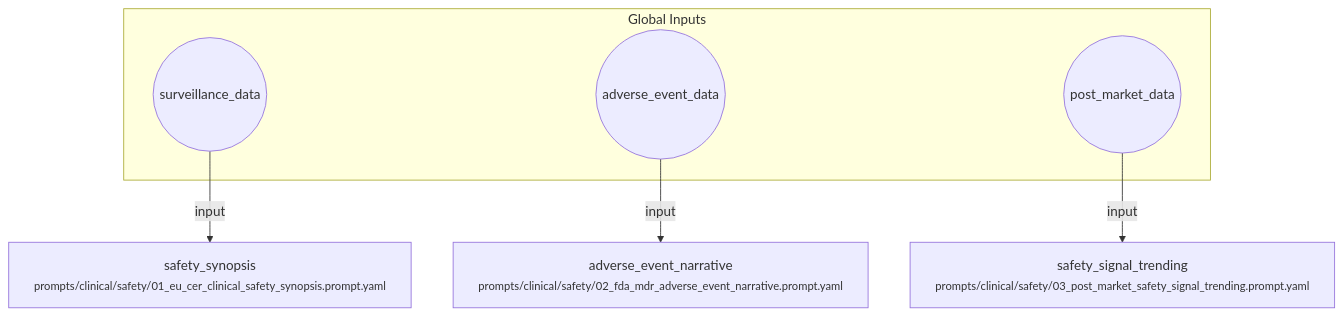
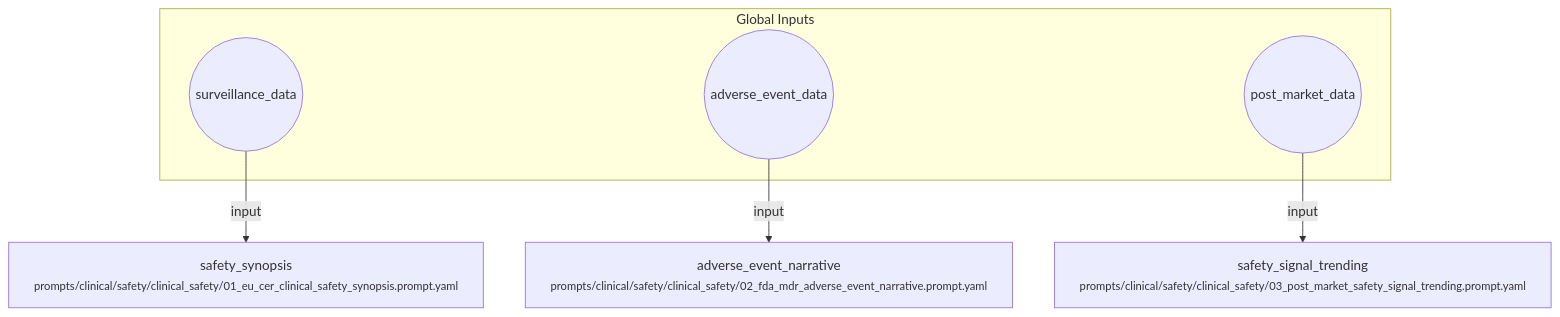
The diagram in workflows/clinical/clinical_safety.workflow.md (fderuiter/proompts), drawn with Mermaid before and after one commit. The commit also changed 31 other files, not shown here.

````diff
--- a/workflows/clinical/clinical_safety.workflow.md
+++ b/workflows/clinical/clinical_safety.workflow.md
@@ -7,14 +7,14 @@
 ```mermaid
 flowchart TD
     subgraph Inputs [Global Inputs]
         inp_surveillance_data((surveillance_data))
         inp_adverse_event_data((adverse_event_data))
         inp_post_market_data((post_market_data))
     end
-    safety_synopsis["safety_synopsis<br/><small>prompts/clinical/safety/01_eu_cer_clinical_safety_synopsis.prompt.yaml</small>"]
-    adverse_event_narrative["adverse_event_narrative<br/><small>prompts/clinical/safety/02_fda_mdr_adverse_event_narrative.prompt.yaml</small>"]
-    safety_signal_trending["safety_signal_trending<br/><small>prompts/clinical/safety/03_post_market_safety_signal_trending.prompt.yaml</small>"]
+    safety_synopsis["safety_synopsis<br/><small>prompts/clinical/safety/clinical_safety/01_eu_cer_clinical_safety_synopsis.prompt.yaml</small>"]
+    adverse_event_narrative["adverse_event_narrative<br/><small>prompts/clinical/safety/clinical_safety/02_fda_mdr_adverse_event_narrative.prompt.yaml</small>"]
+    safety_signal_trending["safety_signal_trending<br/><small>prompts/clinical/safety/clinical_safety/03_post_market_safety_signal_trending.prompt.yaml</small>"]
     inp_surveillance_data -->|input| safety_synopsis
     inp_adverse_event_data -->|input| adverse_event_narrative
     inp_post_market_data -->|input| safety_signal_trending
 ```
````
